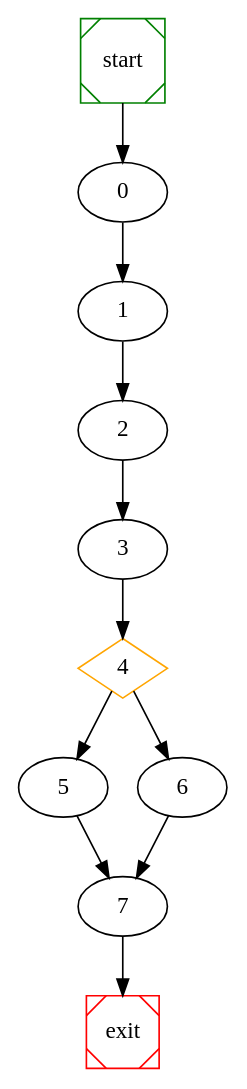
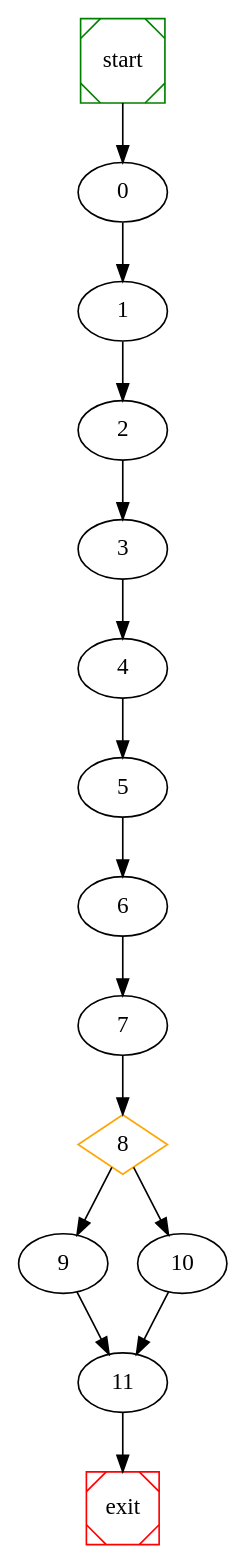
Before and after one commit to NabeelQaiser/BTP_2k18-19: the diagram in cnf/raw_graph.dot, drawn with Graphviz. The commit also changed 6 other files, not shown here.

```diff
--- a/cnf/raw_graph.dot
+++ b/cnf/raw_graph.dot
@@ -1,18 +1,22 @@
 # dot file created at runtime
 
 digraph G {
 	start -> 0;
 	0 -> 1 ;
 	1 -> 2 ;
 	2 -> 3 ;
-	4 [shape=diamond, color=orange] ;
+	3 -> 4 ;
 	4 -> 5 ;
-	4 -> 6 ;
-	3 -> 4 ;
+	5 -> 6 ;
 	6 -> 7 ;
-	5 -> 7 ;
-	7 -> exit;
+	8 [shape=diamond, color=orange] ;
+	8 -> 9 ;
+	8 -> 10 ;
+	7 -> 8 ;
+	10 -> 11 ;
+	9 -> 11 ;
+	11 -> exit;
 
 	start [shape=Msquare, color=green];
 	exit [shape=Msquare, color=red];
 }
```
